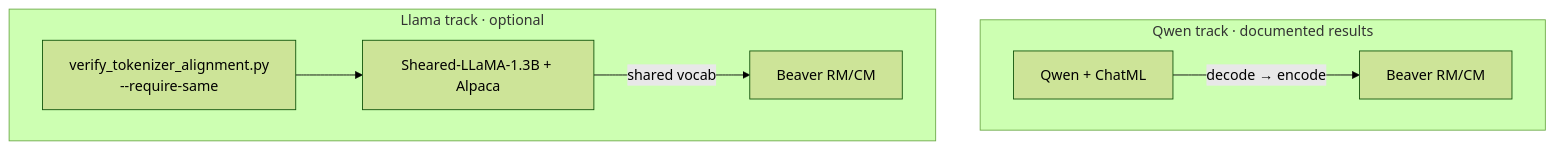
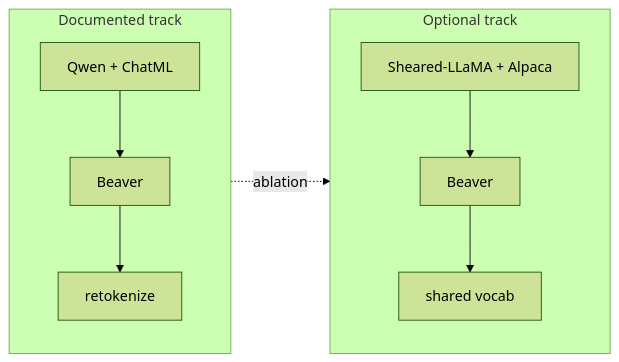
The fifth of 5 diagrams in docs/worklog/architecture.md (wendymaboa/Safe-RL-MinMax), drawn with Mermaid (forest theme) before and after one commit. The commit also changed other lines of this file, not shown here.

Commit message:
Revise architecture documentation

````diff
--- a/docs/worklog/architecture.md
+++ b/docs/worklog/architecture.md
@@ -226,10 +104,10 @@
 ```mermaid
-flowchart TB
-  subgraph QwenTrack [Qwen track · documented results]
-    Q[Qwen + ChatML] -->|"decode → encode"| B1[Beaver RM/CM]
+flowchart LR
+  subgraph Qwen [Documented track]
+    Q1[Qwen + ChatML] --> Q2[Beaver] --> Q3[retokenize]
   end
-  subgraph LlamaTrack [Llama track · optional]
-    L[Sheared-LLaMA-1.3B + Alpaca] -->|shared vocab| B2[Beaver RM/CM]
-    V[verify_tokenizer_alignment.py<br/>--require-same] --> L
+  subgraph Llama [Optional track]
+    L1[Sheared-LLaMA + Alpaca] --> L2[Beaver] --> L3[shared vocab]
   end
+  Qwen -.->|ablation| Llama
 ```
````
